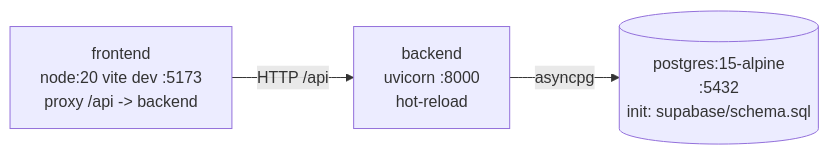
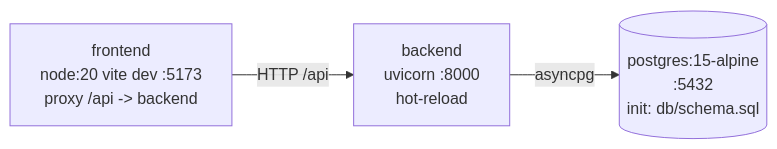
One commit to Alessandro-Arensi/dotto_valet changed the second of 5 diagrams in codebase-analysis-docs/assets/architecture.md. Above: the diagram before and after it, drawn with Mermaid. The commit also changed other lines of this file and 10 other files, not shown here.

````diff
--- a/codebase-analysis-docs/assets/architecture.md
+++ b/codebase-analysis-docs/assets/architecture.md
@@ -72,8 +69,8 @@
 ```mermaid
 flowchart LR
-    DB[(postgres:15-alpine<br/>:5432<br/>init: supabase/schema.sql)]
+    DB[(postgres:15-alpine<br/>:5432<br/>init: db/schema.sql)]
     BE[backend<br/>uvicorn :8000<br/>hot-reload]
     FE[frontend<br/>node:20 vite dev :5173<br/>proxy /api -> backend]
     FE -->|HTTP /api| BE
     BE -->|asyncpg| DB
 ```
````
